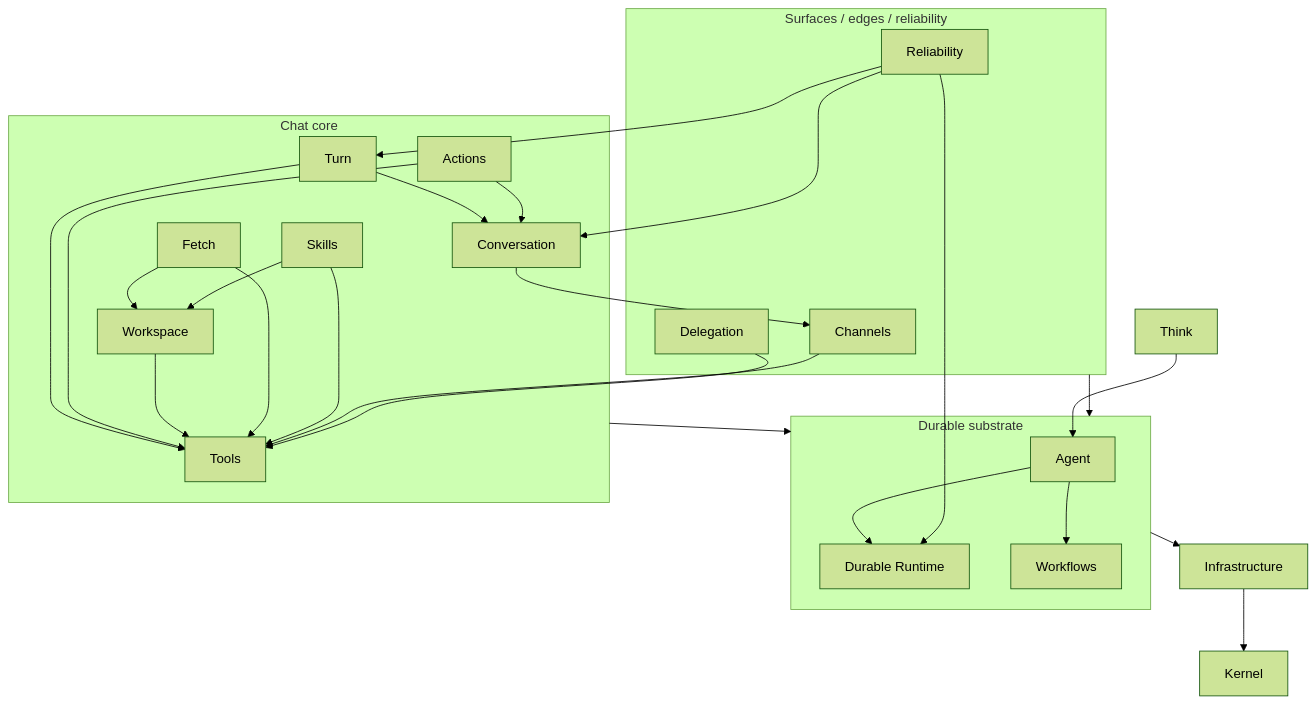
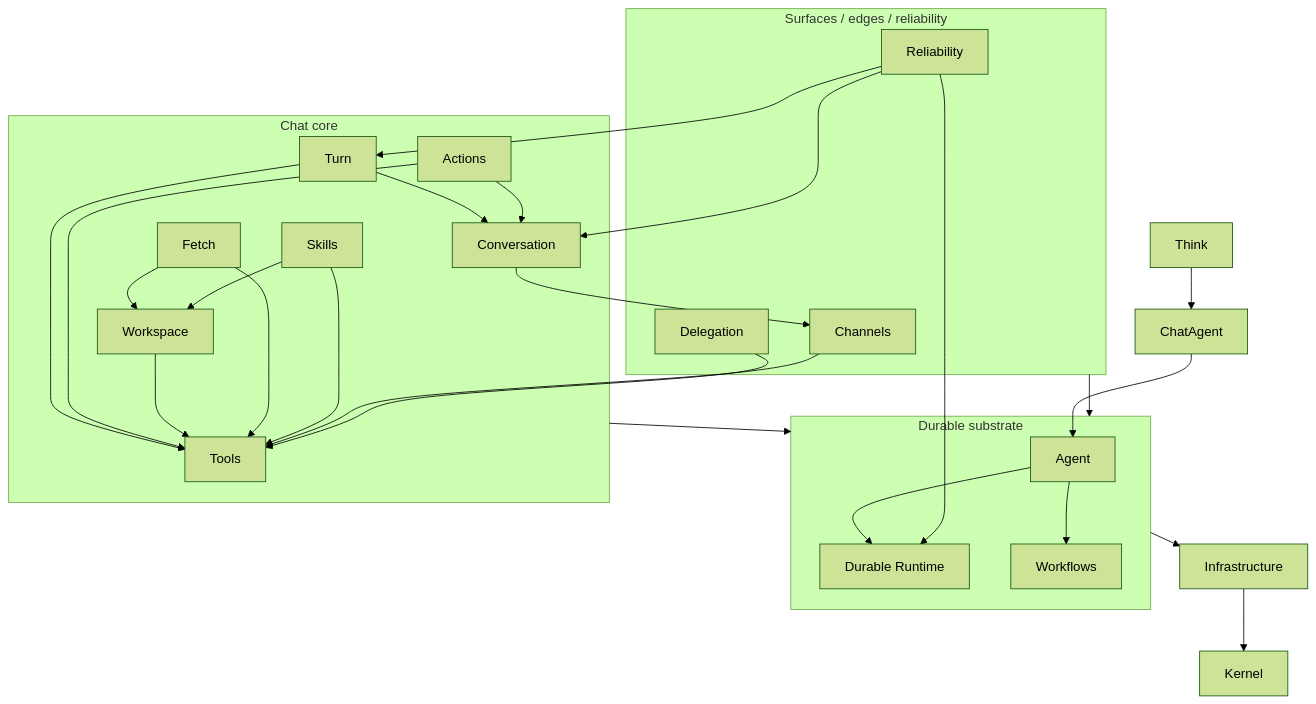
The diagram in rebuild/CONTEXT-MAP.md (cloudflare/agents), drawn with Mermaid (forest theme) before and after one commit. The commit also changed other lines of this file and 12 other files, not shown here.

````diff
--- a/rebuild/CONTEXT-MAP.md
+++ b/rebuild/CONTEXT-MAP.md
@@ -156,34 +165,35 @@
 ```mermaid
 flowchart TD
-  Think --> Agent
+  Think --> ChatAgent
+  ChatAgent --> Agent
 
   subgraph substrate["Durable substrate"]
     Agent --> Runtime[Durable Runtime]
     Agent --> Workflows
   end
 
   subgraph chat["Chat core"]
     Turn --> Conversation
     Turn --> Tools
     Actions --> Tools
     Actions --> Conversation
     Workspace --> Tools
     Fetch --> Tools
     Fetch --> Workspace
     Skills --> Tools
     Skills --> Workspace
   end
 
   subgraph edges["Surfaces / edges / reliability"]
     Channels --> Tools
     Conversation --> Channels
     Reliability --> Turn
     Reliability --> Conversation
     Reliability --> Runtime
     Delegation --> Tools
   end
 
   chat --> substrate
   edges --> substrate
   substrate --> Infrastructure --> Kernel
 ```
````
